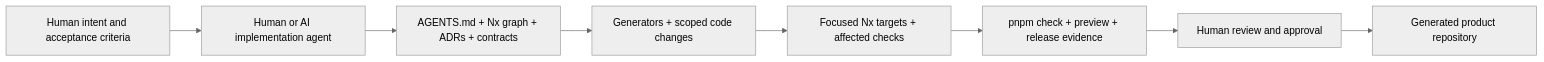
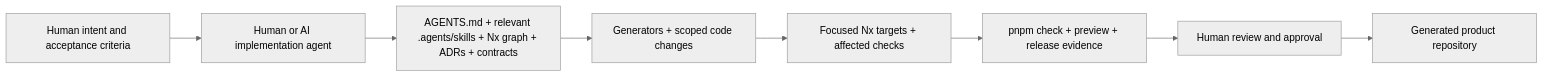
Before and after one commit to kaleigh-dem/steady-stack: the first of 2 diagrams in wiki/Home.md, drawn with Mermaid (neutral theme). The commit also changed other lines of this file and 3 other files, not shown here.

First line of the commit message:
docs(wiki): sync P15-01 Agent Skills guidance (#83)

````diff
--- a/wiki/Home.md
+++ b/wiki/Home.md
@@ -138,10 +144,10 @@
 ```mermaid
 flowchart LR
   Intent[Human intent and acceptance criteria] --> Agent[Human or AI implementation agent]
-  Agent --> Context[AGENTS.md + Nx graph + ADRs + contracts]
+  Agent --> Context[AGENTS.md + relevant .agents/skills + Nx graph + ADRs + contracts]
   Context --> Change[Generators + scoped code changes]
   Change --> Feedback[Focused Nx targets + affected checks]
   Feedback --> Contract[pnpm check + preview + release evidence]
   Contract --> Review[Human review and approval]
   Review --> Product[Generated product repository]
 ```
````
